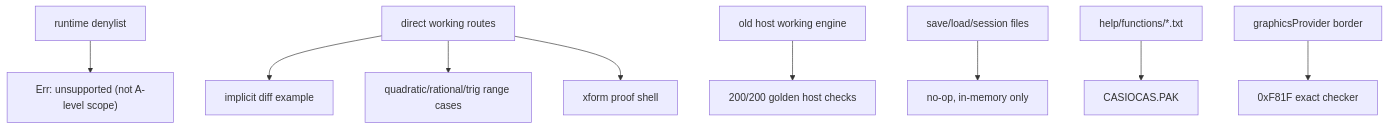
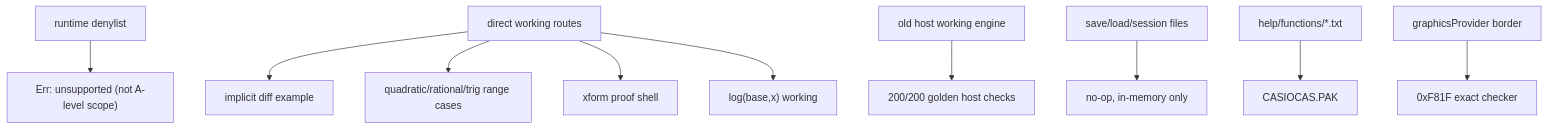
Before and after one commit to james8464/notes-addin-casio-fx-cg50: the third of 7 diagrams in docs/GRAPH.md, drawn with Mermaid. The commit also changed other lines of this file and 9 other files, not shown here.

````diff
--- a/docs/GRAPH.md
+++ b/docs/GRAPH.md
@@ -42,11 +44,12 @@
 ```mermaid
 graph TD
   Guard["runtime denylist"] --> Unsupported["Err: unsupported (not A-level scope)"]
   Direct["direct working routes"] --> Implicit["implicit diff example"]
   Direct --> Range["quadratic/rational/trig range cases"]
   Direct --> Xform["xform proof shell"]
+  Direct --> Log["log(base,x) working"]
   Host["old host working engine"] --> Queue["200/200 golden host checks"]
   Session["save/load/session files"] --> Disabled["no-op, in-memory only"]
   Help["help/functions/*.txt"] --> Pak["CASIOCAS.PAK"]
   Border["graphicsProvider border"] --> Pink["0xF81F exact checker"]
 ```
````
